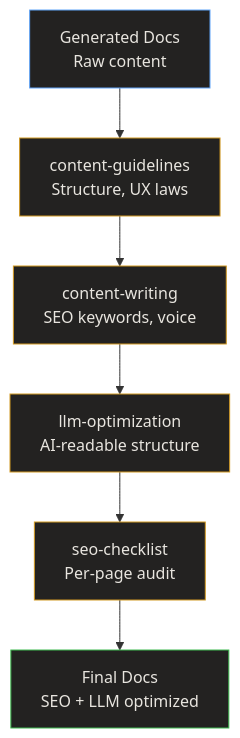
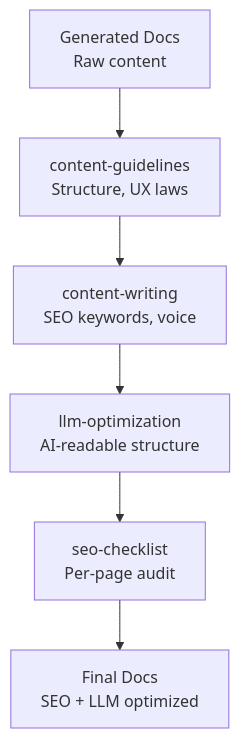
The third of 3 diagrams in astro-site/src/content/docs/data-flow.md (relukdev/doc-kit), drawn with Mermaid before and after one commit. The commit also changed other lines of this file and 48 other files, not shown here.

First line of the commit message:
fix: remove hard-coded Mermaid dark-mode colors, use native themes for light/dark

````diff
--- a/astro-site/src/content/docs/data-flow.md
+++ b/astro-site/src/content/docs/data-flow.md
@@ -70,18 +61,12 @@
 ```mermaid
 graph TB
-    style S fill:#232221,stroke:#60A5FA,color:#E8E5DF
-    style Q1 fill:#232221,stroke:#d29922,color:#E8E5DF
-    style Q2 fill:#232221,stroke:#d29922,color:#E8E5DF
-    style Q3 fill:#232221,stroke:#d29922,color:#E8E5DF
-    style Q4 fill:#232221,stroke:#d29922,color:#E8E5DF
-    style O fill:#232221,stroke:#3fb950,color:#E8E5DF
 
     S["Generated Docs\nRaw content"]
     Q1["content-guidelines\nStructure, UX laws"]
     Q2["content-writing\nSEO keywords, voice"]
     Q3["llm-optimization\nAI-readable structure"]
     Q4["seo-checklist\nPer-page audit"]
     O["Final Docs\nSEO + LLM optimized"]
 
     S --> Q1 --> Q2 --> Q3 --> Q4 --> O
 ```
````
